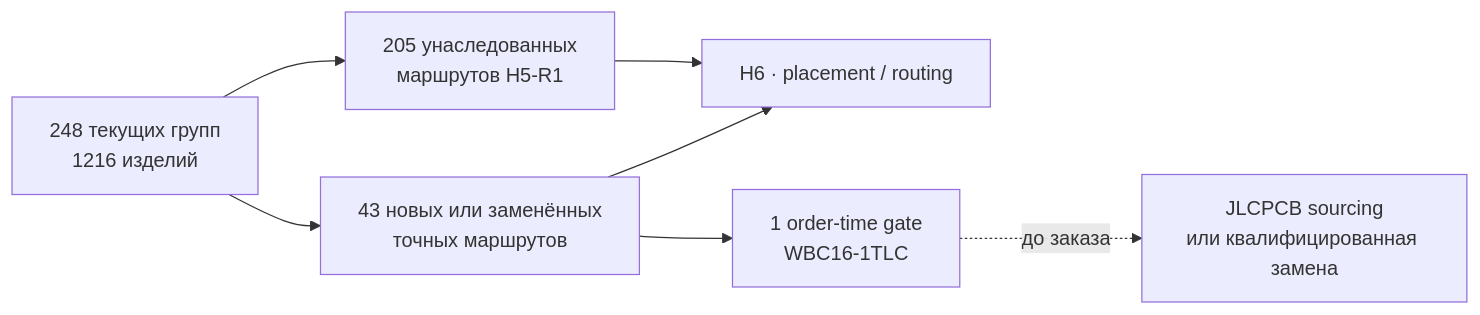
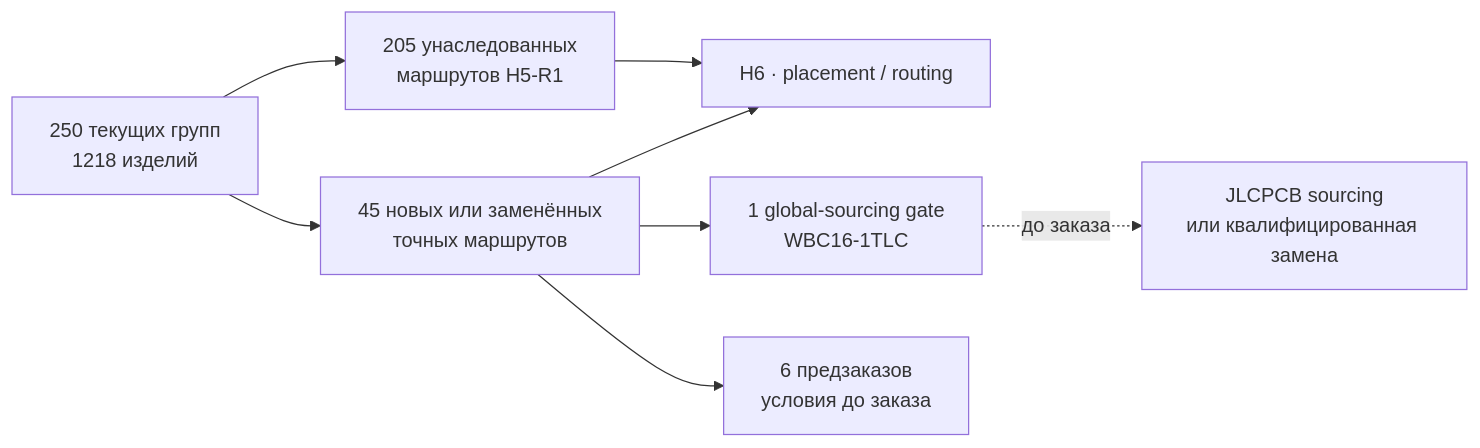
One commit to anton-vinogradov/esp32-leshy2 changed the diagram in docs/h5-r2-current-route.ru.md. Above: the diagram before and after it, drawn with Mermaid. The commit also changed other lines of this file and 172 other files, not shown here.

````diff
--- a/docs/h5-r2-current-route.ru.md
+++ b/docs/h5-r2-current-route.ru.md
@@ -5,9 +5,10 @@
 ```mermaid
 flowchart LR
-  A["248 текущих групп<br/>1216 изделий"] --> B["205 унаследованных<br/>маршрутов H5-R1"]
-  A --> C["43 новых или заменённых<br/>точных маршрутов"]
+  A["250 текущих групп<br/>1218 изделий"] --> B["205 унаследованных<br/>маршрутов H5-R1"]
+  A --> C["45 новых или заменённых<br/>точных маршрутов"]
   B --> D["H6 · placement / routing"]
   C --> D
-  C --> E["1 order-time gate<br/>WBC16-1TLC"]
+  C --> E["1 global-sourcing gate<br/>WBC16-1TLC"]
+  C --> G["6 предзаказов<br/>условия до заказа"]
   E -. "до заказа" .-> F["JLCPCB sourcing<br/>или квалифицированная замена"]
 ```
````
